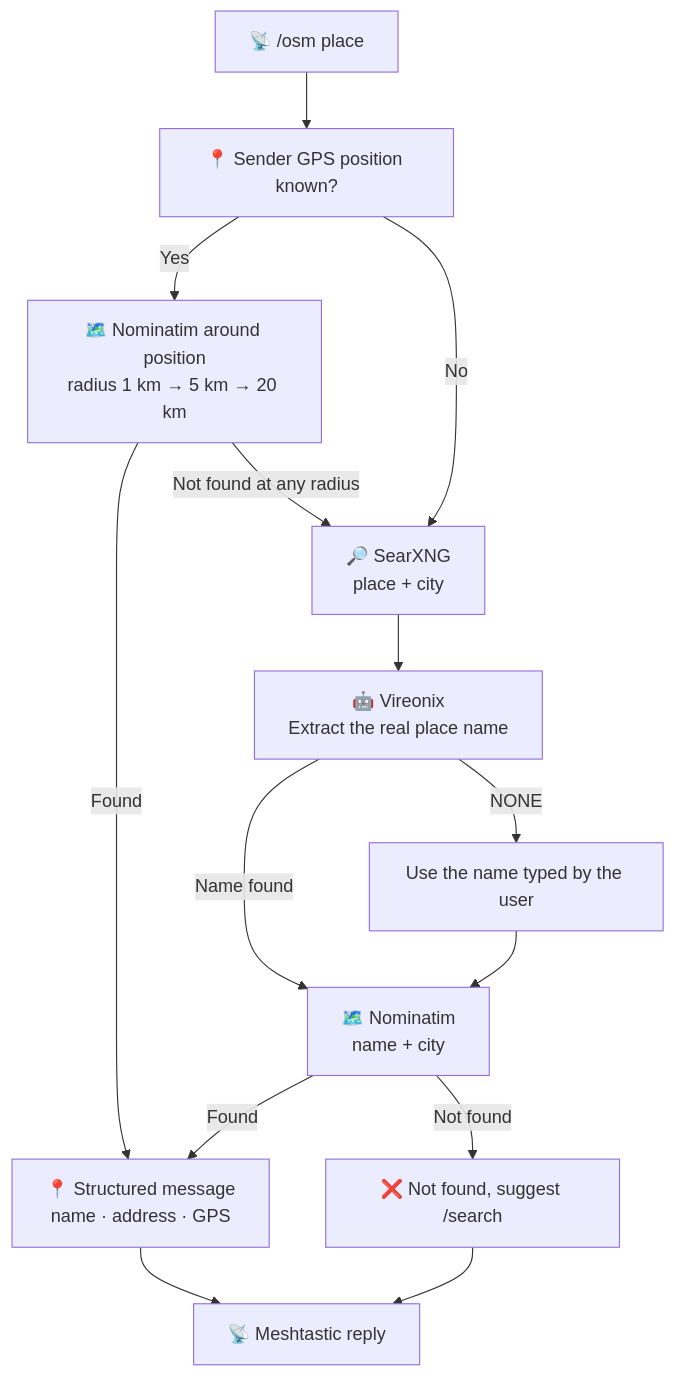
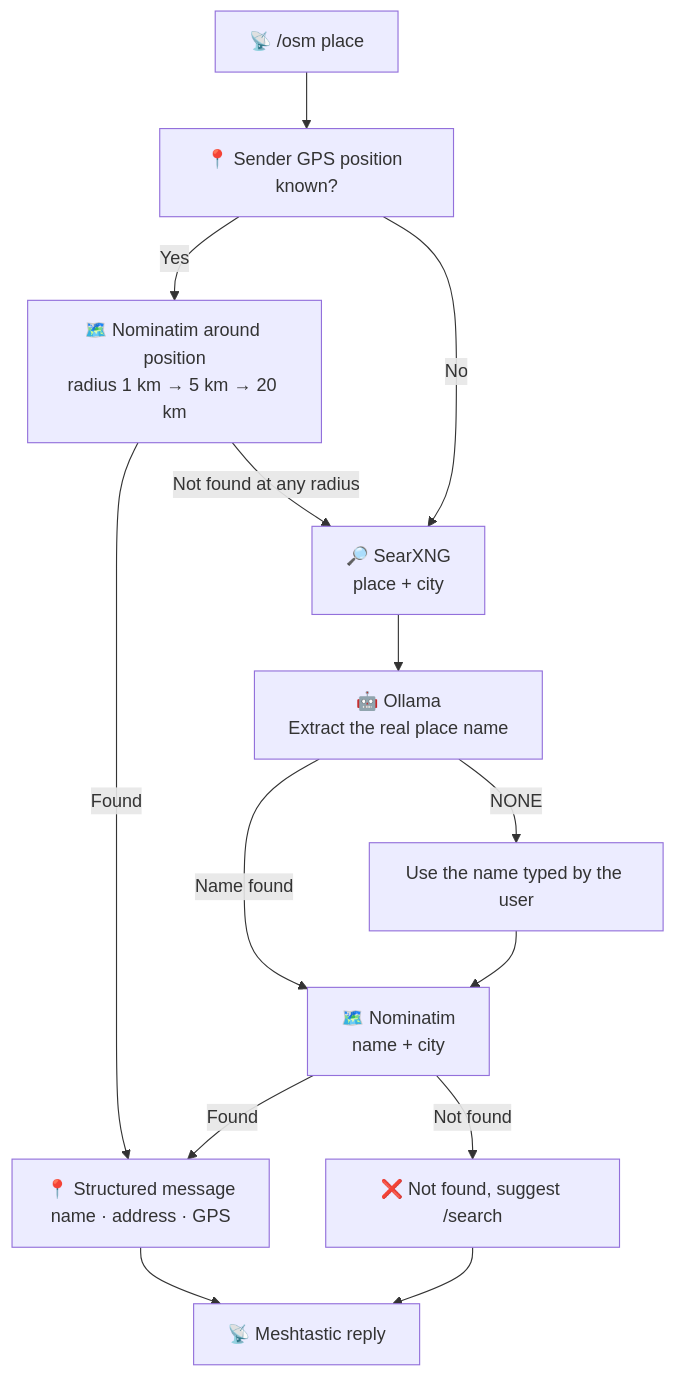
Before and after one commit to YR72dpi/meshtastic_search_bot: the third of 4 diagrams in README.md, drawn with Mermaid. The commit also changed other lines of this file and 5 other files, not shown here.

Commit message:
✨ feat: integrate Ollama for LLM processing and remove Vireonix

````diff
--- a/README.md
+++ b/README.md
@@ -137,16 +137,16 @@
 ```mermaid
 flowchart TD
     A["📡 /osm place"] --> P["📍 Sender GPS position known?"]
     P -->|"Yes"| N1["🗺️ Nominatim around position<br/>radius 1 km → 5 km → 20 km"]
     N1 -->|"Found"| F["📍 Structured message<br/>name · address · GPS"]
     N1 -->|"Not found at any radius"| B
     P -->|"No"| B["🔎 SearXNG<br/>place + city"]
-    B --> C["🤖 Vireonix<br/>Extract the real place name"]
+    B --> C["🤖 Ollama<br/>Extract the real place name"]
     C -->|"Name found"| D["🗺️ Nominatim<br/>name + city"]
     C -->|"NONE"| E["Use the name typed by the user"]
     E --> D
     D -->|"Found"| F
     D -->|"Not found"| G["❌ Not found, suggest /search"]
     F --> H["📡 Meshtastic reply"]
     G --> H
 ```
````
